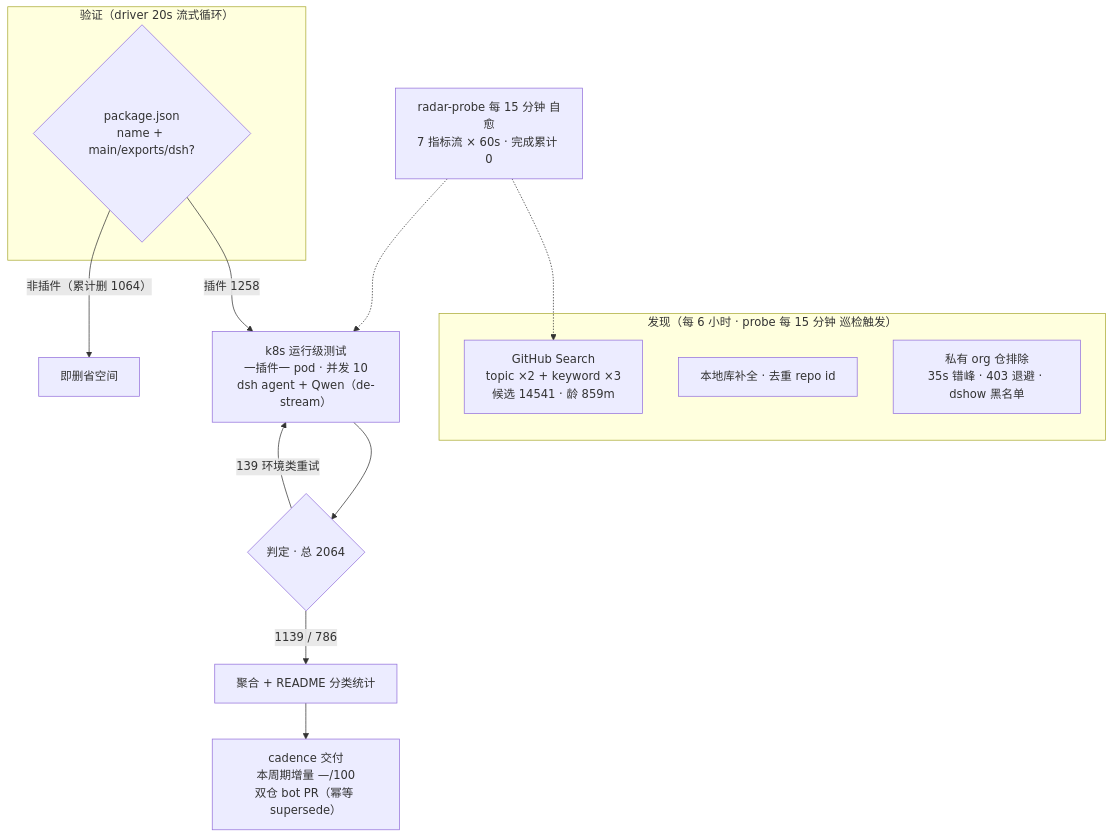
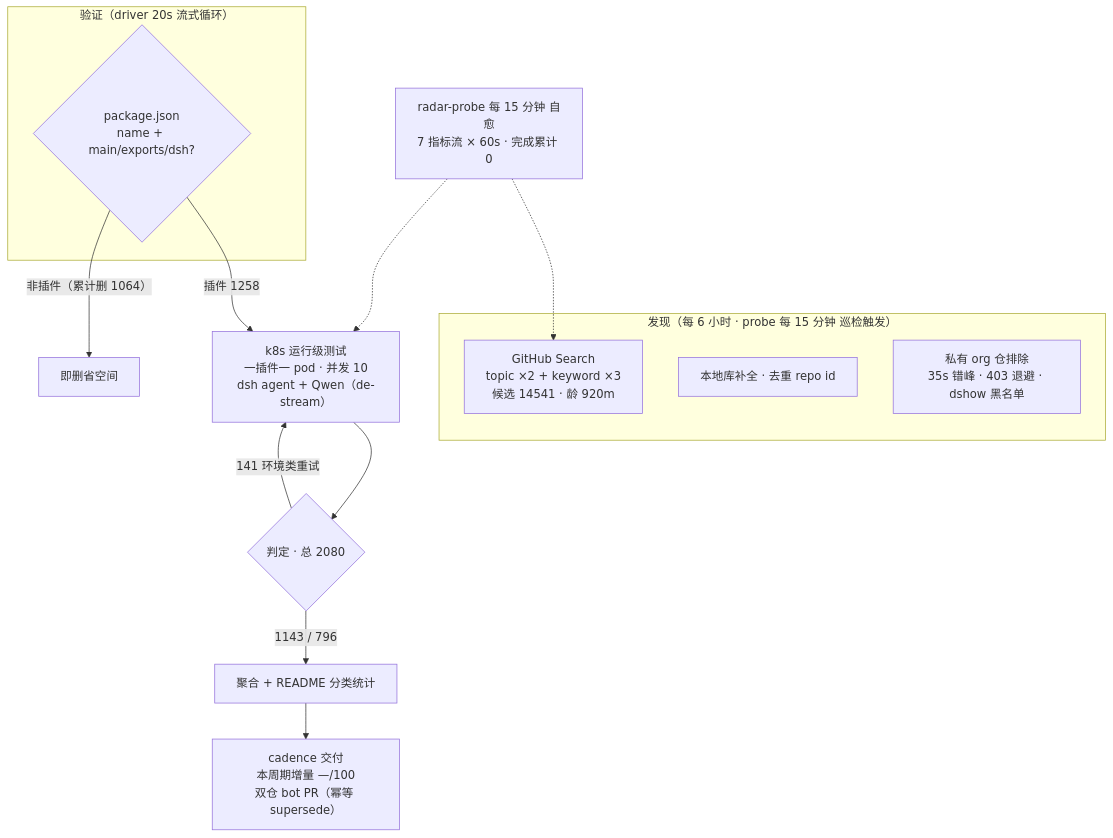
Before and after one commit to Zhidao-Lab-OSS/awesome-dsh-plugins: the diagram in README.md, drawn with Mermaid. The commit also changed other lines of this file and 1 other file, not shown here.

````diff
--- a/README.md
+++ b/README.md
@@ -37,20 +37,20 @@
 ```mermaid
 flowchart TB
     subgraph Discovery["发现（每 6 小时 · probe 每 15 分钟 巡检触发）"]
-        A1["GitHub Search<br/>topic ×2 + keyword ×3<br/>候选 14541 · 龄 859m"]
+        A1["GitHub Search<br/>topic ×2 + keyword ×3<br/>候选 14541 · 龄 920m"]
         A2["本地库补全 · 去重 repo id"]
         A3["私有 org 仓排除<br/>35s 错峰 · 403 退避 · dshow 黑名单"]
     end
     subgraph Validation["验证（driver 20s 流式循环）"]
         B1{"package.json<br/>name + main/exports/dsh?"}
     end
     B1 -->|"插件 1258"| C1["k8s 运行级测试<br/>一插件一 pod · 并发 10<br/>dsh agent + Qwen（de-stream）"]
     B1 -->|"非插件（累计删 1064）"| B3["即删省空间"]
-    C1 --> D1{"判定 · 总 2064"}
-    D1 -->|"1139 / 786"| E1["聚合 + README 分类统计"]
-    D1 -->|"139 环境类重试"| C1
+    C1 --> D1{"判定 · 总 2080"}
+    D1 -->|"1143 / 796"| E1["聚合 + README 分类统计"]
+    D1 -->|"141 环境类重试"| C1
     E1 --> E2["cadence 交付<br/>本周期增量 —/100<br/>双仓 bot PR（幂等 supersede）"]
     M["radar-probe 每 15 分钟 自愈<br/>7 指标流 × 60s · 完成累计 0"]
     M -.-> A1
     M -.-> C1
 ```
````
